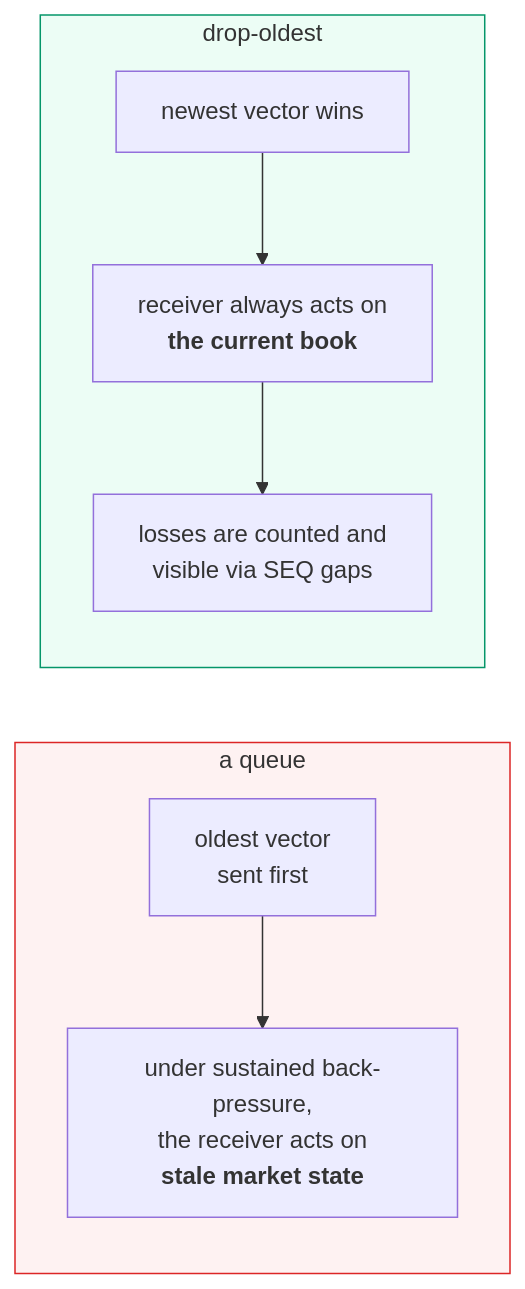
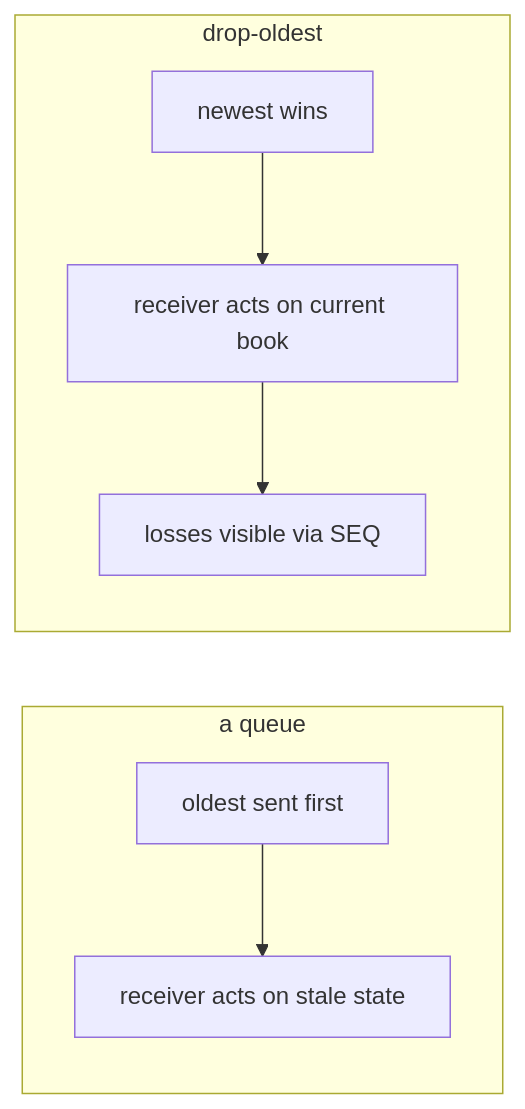
One commit to Rushmello369/fpga-feed-handler changed the fourth of 5 diagrams in docs/diagrams/board_link_tx.md. Above: the diagram before and after it, drawn with Mermaid. The commit also changed other lines of this file and 12 other files, not shown here.

Commit message:
add diagrams for system and module architectures

````diff
--- a/docs/diagrams/board_link_tx.md
+++ b/docs/diagrams/board_link_tx.md
@@ -111,20 +79,11 @@
 ```mermaid
 flowchart LR
     subgraph FIFO["a queue"]
-        F1["oldest vector<br/>sent first"]
-        F2["under sustained back-pressure,<br/>the receiver acts on<br/><b>stale market state</b>"]
-        F1 --> F2
+        direction TB
+        F1[oldest sent first] --> F2[receiver acts on stale state]
     end
-
     subgraph DO["drop-oldest"]
-        D1["newest vector wins"]
-        D2["receiver always acts on<br/><b>the current book</b>"]
-        D3["losses are counted and<br/>visible via SEQ gaps"]
-        D1 --> D2 --> D3
+        direction TB
+        D1[newest wins] --> D2[receiver acts on current book] --> D3[losses visible via SEQ]
     end
-
-    classDef bad fill:#fef2f2,stroke:#dc2626
-    classDef good fill:#ecfdf5,stroke:#059669
-    class FIFO bad
-    class DO good
 ```
````
